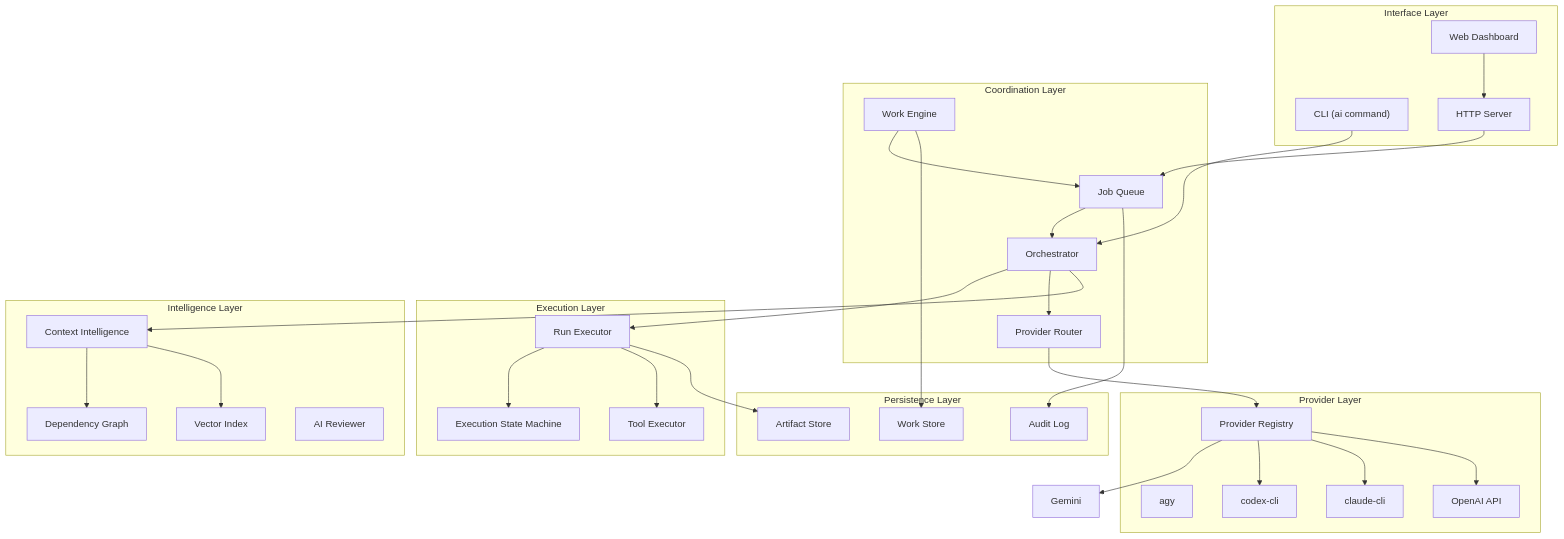
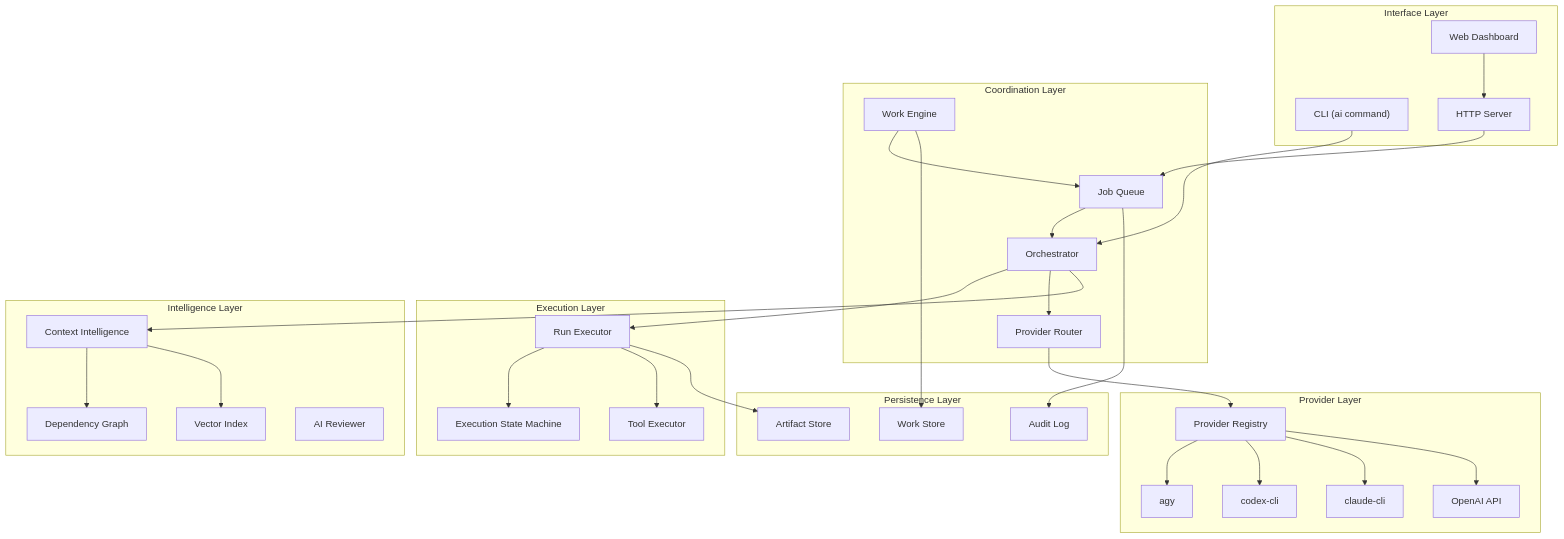
Before and after one commit to nghiant96/Orchestra-AI-Platform: the first of 4 diagrams in docs/ARCHITECTURE.md, drawn with Mermaid. The commit also changed other lines of this file and 31 other files, not shown here.

Commit message:
refactor: rename gemini-cli provider to agy-cli across configurations, documentation, and tests

````diff
--- a/docs/ARCHITECTURE.md
+++ b/docs/ARCHITECTURE.md
@@ -9,62 +9,62 @@
 ```mermaid
 graph TB
     subgraph "Interface Layer"
         CLI["CLI (ai command)"]
         Server["HTTP Server"]
         Dashboard["Web Dashboard"]
     end
 
     subgraph "Coordination Layer"
         Orchestrator["Orchestrator"]
         Router["Provider Router"]
         Queue["Job Queue"]
         WorkEngine["Work Engine"]
     end
 
     subgraph "Execution Layer"
         RunExecutor["Run Executor"]
         ESM["Execution State Machine"]
         ToolExecutor["Tool Executor"]
     end
 
     subgraph "Intelligence Layer"
         Context["Context Intelligence"]
         DepGraph["Dependency Graph"]
         VectorSearch["Vector Index"]
         Reviewer["AI Reviewer"]
     end
 
     subgraph "Provider Layer"
         Registry["Provider Registry"]
         Agy["agy"]
         Codex["codex-cli"]
         Claude["claude-cli"]
         OpenAI["OpenAI API"]
     end
 
     subgraph "Persistence Layer"
         Artifacts["Artifact Store"]
         AuditLog["Audit Log"]
         WorkStore["Work Store"]
     end
 
     CLI --> Orchestrator
     Server --> Queue
     Dashboard --> Server
     Queue --> Orchestrator
     WorkEngine --> Queue
 
     Orchestrator --> RunExecutor
     RunExecutor --> ESM
     RunExecutor --> ToolExecutor
     Orchestrator --> Router
     Router --> Registry
-    Registry --> Gemini & Codex & Claude & OpenAI
+    Registry --> Agy & Codex & Claude & OpenAI
 
     Orchestrator --> Context
     Context --> DepGraph & VectorSearch
 
     RunExecutor --> Artifacts
     Queue --> AuditLog
     WorkEngine --> WorkStore
 ```
````
